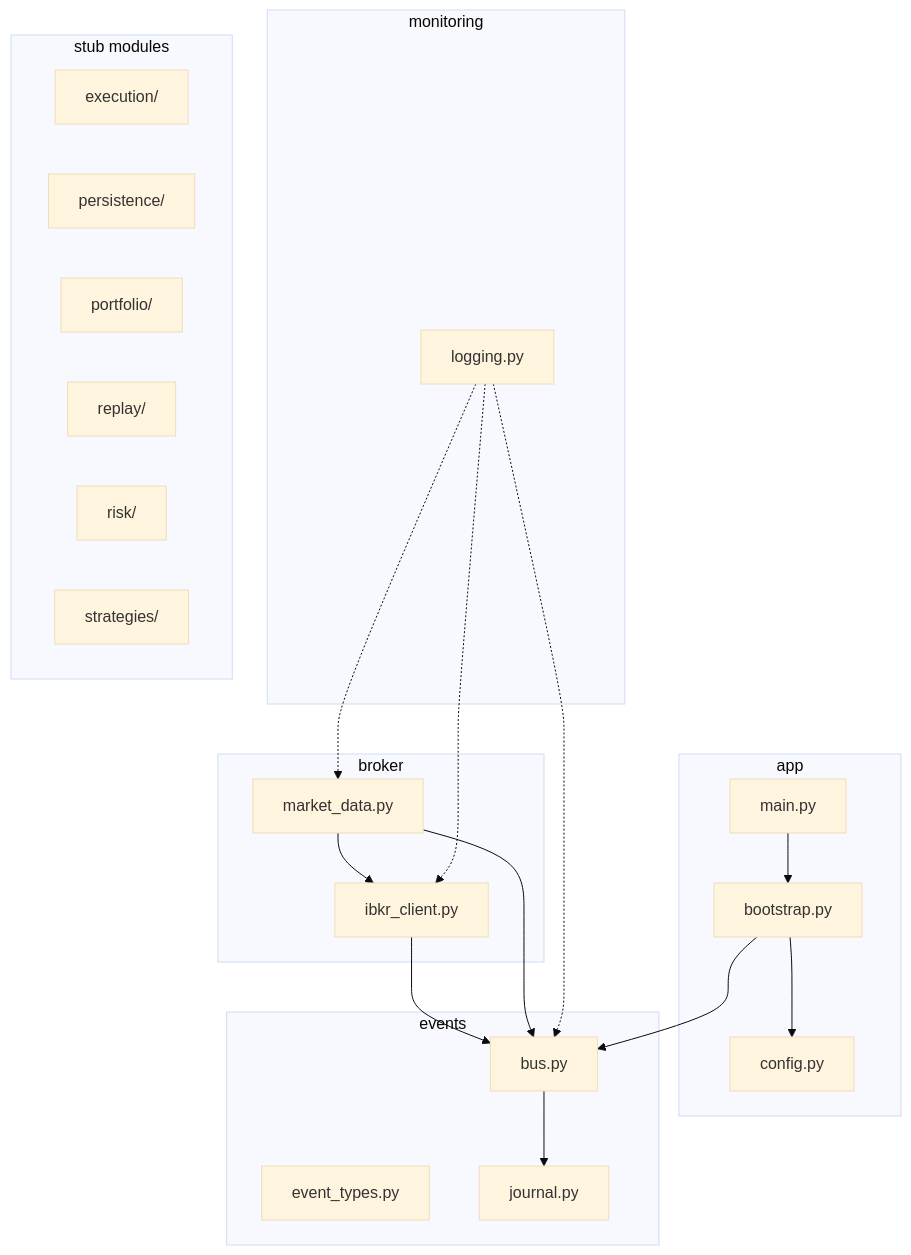
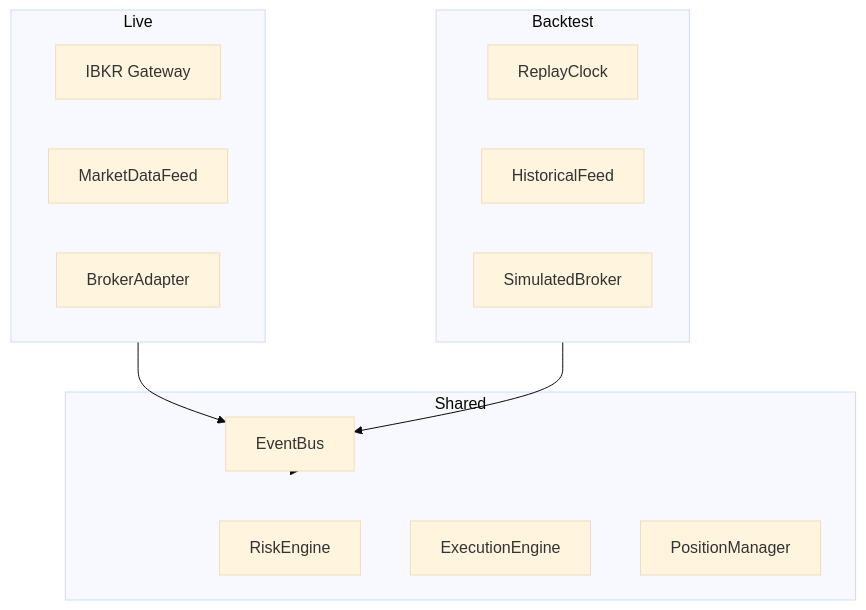
One commit to aryamsharma/edrader changed the fourth of 5 diagrams in .agents/summary/architecture.md. Above: the diagram before and after it, drawn with Mermaid (base theme). The commit also changed other lines of this file and 12 other files, not shown here.

````diff
--- a/.agents/summary/architecture.md
+++ b/.agents/summary/architecture.md
@@ -71,43 +112,22 @@
 ```mermaid
 graph TB
-    subgraph "app"
-        C[config.py]
-        B[bootstrap.py]
-        M[main.py]
+    subgraph Live
+        IB[IBKR Gateway]
+        MDF[MarketDataFeed]
+        BA[BrokerAdapter]
     end
-
-    subgraph "broker"
-        I[ibkr_client.py]
-        MD[market_data.py]
+    subgraph Backtest
+        RC[ReplayClock]
+        HF[HistoricalFeed]
+        SB[SimulatedBroker]
     end
-
-    subgraph "events"
-        ET[event_types.py]
-        EB[bus.py]
-        EJ[journal.py]
+    subgraph Shared
+        EB[EventBus]
+        RE[RiskEngine]
+        EE[ExecutionEngine]
+        PM[PositionManager]
     end
-
-    subgraph "monitoring"
-        L[logging.py]
-    end
-
-    subgraph "stub modules"
-        EX[execution/]
-        PE[persistence/]
-        PO[portfolio/]
-        RE[replay/]
-        RI[risk/]
-        ST[strategies/]
-    end
-
-    I --> EB
-    MD --> EB
-    MD --> I
-    B --> C
-    B --> EB
-    M --> B
-    EB --> EJ
-    L -.-> I
-    L -.-> MD
-    L -.-> EB
+    Live --> EB
+    Backtest --> EB
+    EB --> Shared
 ```
````
